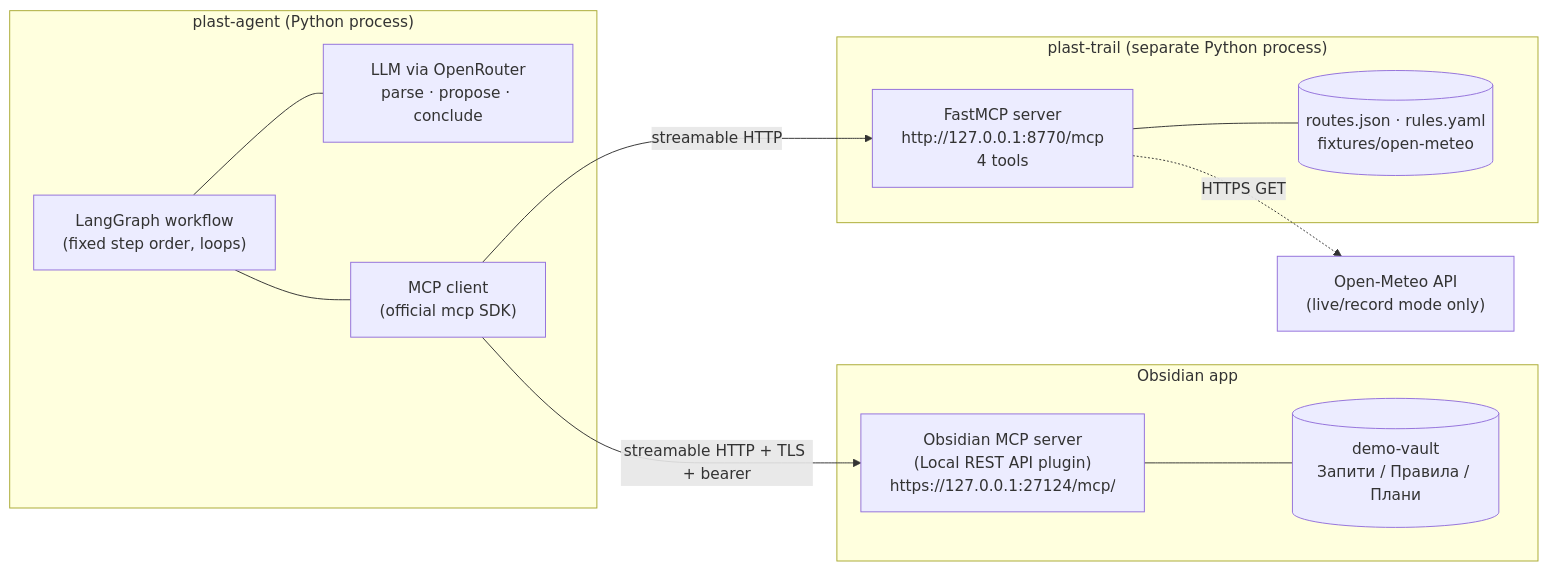
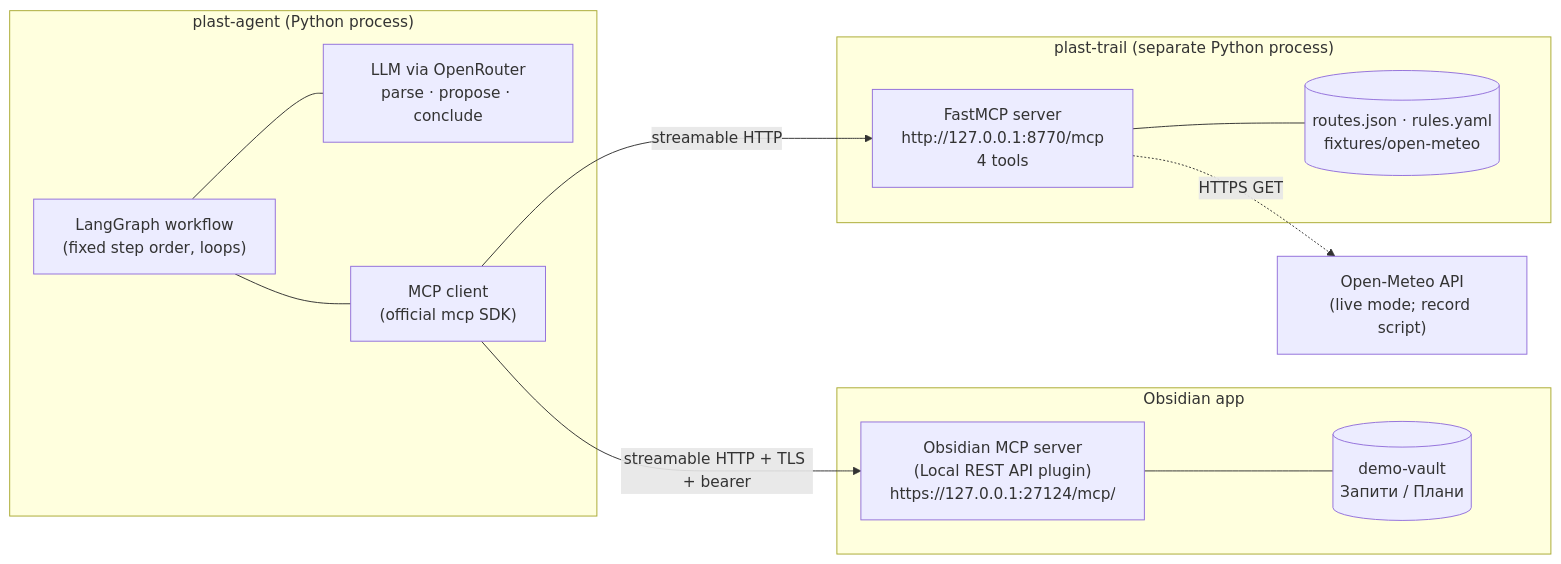
Before and after one commit to obodnazar/plast-hike-planner: the diagram in docs/design-rationale.md, drawn with Mermaid. The commit also changed other lines of this file and 21 other files, not shown here.

First line of the commit message:
Fix review P2: typed schemas, consistent contracts, honest docs

````diff
--- a/docs/design-rationale.md
+++ b/docs/design-rationale.md
@@ -9,24 +9,24 @@
 ```mermaid
 flowchart LR
   subgraph Agent["plast-agent (Python process)"]
     WF["LangGraph workflow<br/>(fixed step order, loops)"]
     LLM["LLM via OpenRouter<br/>parse · propose · conclude"]
     MC["MCP client<br/>(official mcp SDK)"]
     WF --- LLM
     WF --- MC
   end
   subgraph OBS["Obsidian app"]
     OM["Obsidian MCP server<br/>(Local REST API plugin)<br/>https://127.0.0.1:27124/mcp/"]
-    V[("demo-vault<br/>Запити / Правила / Плани")]
+    V[("demo-vault<br/>Запити / Плани")]
     OM --- V
   end
   subgraph PT["plast-trail (separate Python process)"]
     S["FastMCP server<br/>http://127.0.0.1:8770/mcp<br/>4 tools"]
     D[("routes.json · rules.yaml<br/>fixtures/open-meteo")]
     S --- D
   end
-  OME["Open-Meteo API<br/>(live/record mode only)"]
+  OME["Open-Meteo API<br/>(live mode; record script)"]
   MC -- "streamable HTTP + TLS + bearer" --> OM
   MC -- "streamable HTTP" --> S
   S -. "HTTPS GET" .-> OME
 ```
````
